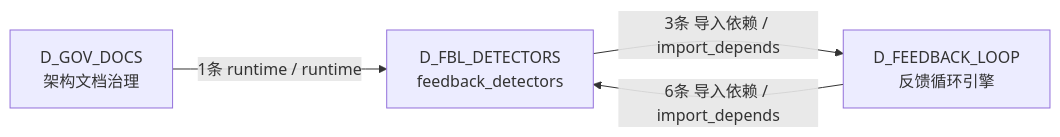
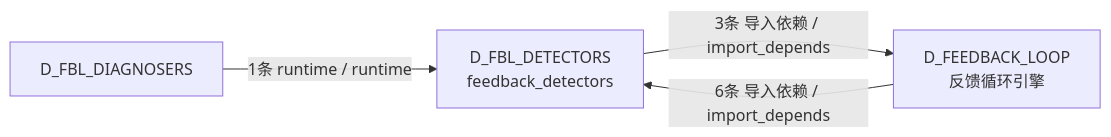
Before and after one commit to xuanFelixVan/ZephyrAlpha: the sixth of 6 diagrams in docs/02_enterprise_architecture/02_domain_architecture_docs/11_d_fbl_detectors.md, drawn with Mermaid. The commit also changed other lines of this file and 99 other files, not shown here.

````diff
--- a/docs/02_enterprise_architecture/02_domain_architecture_docs/11_d_fbl_detectors.md
+++ b/docs/02_enterprise_architecture/02_domain_architecture_docs/11_d_fbl_detectors.md
@@ -397,9 +397,9 @@
 ```mermaid
 graph LR
     D_FBL_DETECTORS["D_FBL_DETECTORS<br/>feedback_detectors"]
     D_FEEDBACK_LOOP["D_FEEDBACK_LOOP<br/>反馈循环引擎"]
-    D_GOV_DOCS["D_GOV_DOCS<br/>架构文档治理"]
+    D_FBL_DIAGNOSERS["D_FBL_DIAGNOSERS"]
     D_FBL_DETECTORS -->|3条 导入依赖 / import_depends| D_FEEDBACK_LOOP
     D_FEEDBACK_LOOP -->|6条 导入依赖 / import_depends| D_FBL_DETECTORS
-    D_GOV_DOCS -->|1条 runtime / runtime| D_FBL_DETECTORS
+    D_FBL_DIAGNOSERS -->|1条 runtime / runtime| D_FBL_DETECTORS
 ```
````
